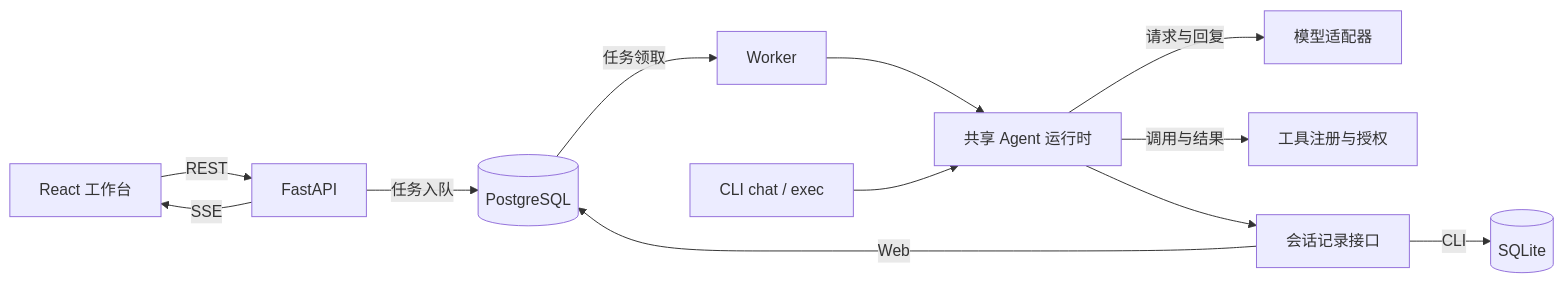
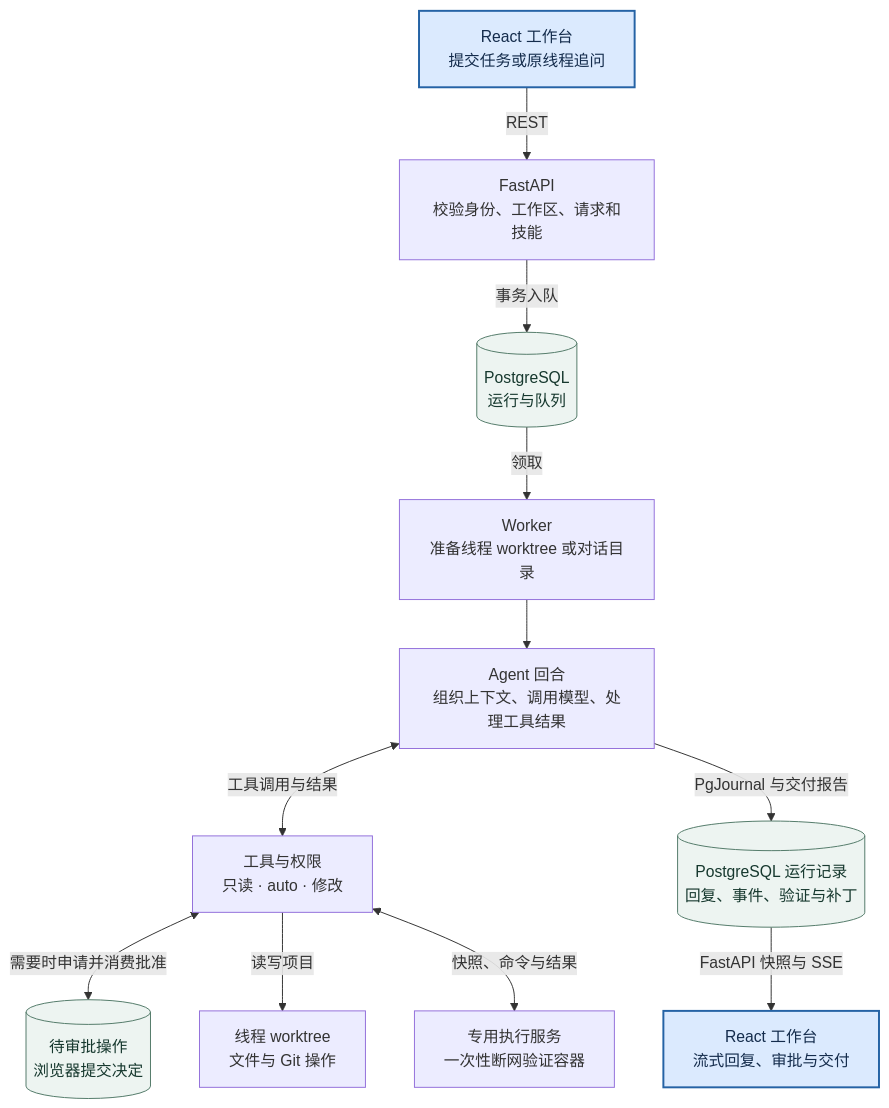
Before and after one commit to lyx0902/StellarWeaver: the second of 2 diagrams in README.md, drawn with Mermaid. The commit also changed other lines of this file, not shown here.

````diff
--- a/README.md
+++ b/README.md
@@ -34,14 +60,26 @@
 ```mermaid
-flowchart LR
-    UI["React 工作台"] -->|REST| API["FastAPI"]
-    API -->|任务入队| PG[(PostgreSQL)]
-    PG -->|任务领取| Worker["Worker"]
-    Worker --> Agent["共享 Agent 运行时"]
-    CLI["CLI chat / exec"] --> Agent
-    Agent -->|请求与回复| Provider["模型适配器"]
-    Agent -->|调用与结果| Tools["工具注册与授权"]
-    Agent --> Journal["会话记录接口"]
-    Journal -->|CLI| SQLite[(SQLite)]
-    Journal -->|Web| PG
-    API -->|SSE| UI
+flowchart TB
+    UI["React 工作台<br/>提交任务或原线程追问"]
+    API["FastAPI<br/>校验身份、工作区、请求和技能"]
+    Queue[("PostgreSQL<br/>运行与队列")]
+    Worker["Worker<br/>准备线程 worktree 或对话目录"]
+    Agent["Agent 回合<br/>组织上下文、调用模型、处理工具结果"]
+    Guard["工具与权限<br/>只读 · auto · 修改"]
+    Approval[("待审批操作<br/>浏览器提交决定")]
+    Worktree["线程 worktree<br/>文件与 Git 操作"]
+    Executor["专用执行服务<br/>一次性断网验证容器"]
+    Journal[("PostgreSQL 运行记录<br/>回复、事件、验证与补丁")]
+    Display["React 工作台<br/>流式回复、审批与交付"]
+
+    UI -->|REST| API -->|事务入队| Queue -->|领取| Worker --> Agent
+    Agent <-->|工具调用与结果| Guard
+    Guard <-->|需要时申请并消费批准| Approval
+    Guard -->|读写项目| Worktree
+    Guard <-->|快照、命令与结果| Executor
+    Agent -->|PgJournal 与交付报告| Journal -->|FastAPI 快照与 SSE| Display
+
+    classDef entry fill:#dbeafe,stroke:#2563a5,color:#142c4c,stroke-width:2px
+    classDef storage fill:#edf4f1,stroke:#527a69,color:#16382e
+    class UI,Display entry
+    class Queue,Approval,Journal storage
 ```
````
